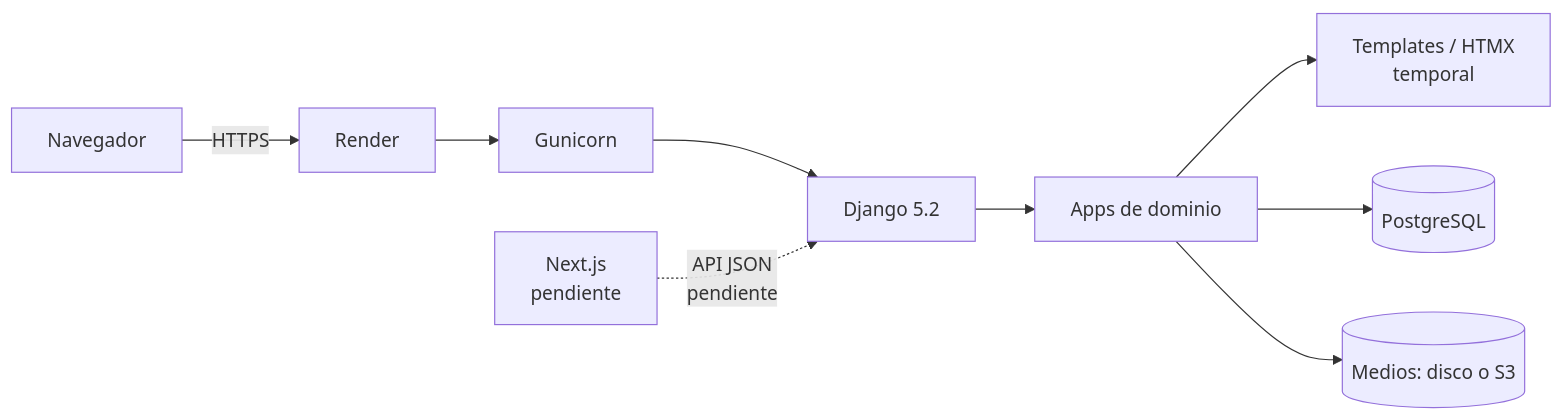
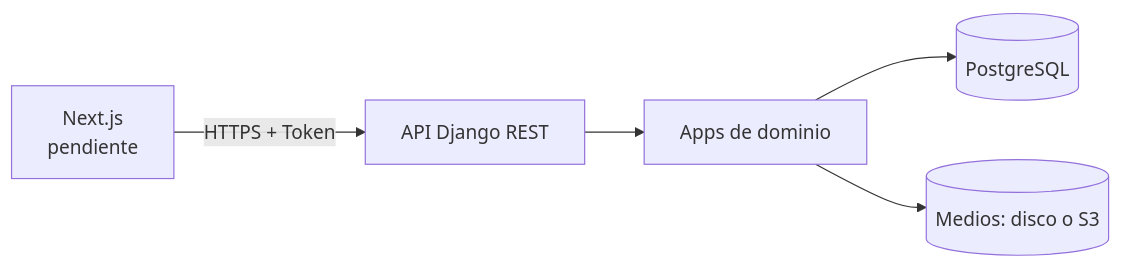
The diagram in README.md (Cristianco9/arcakane-zone), drawn with Mermaid before and after one commit. The commit also changed other lines of this file and 76 other files, not shown here.

First line of the commit message:
refactor(AZ-S1-21): convert backend to an API-only Django service

````diff
--- a/README.md
+++ b/README.md
@@ -78,11 +78,7 @@
 ```mermaid
 flowchart LR
-  B[Navegador] -->|HTTPS| R[Render]
-  R --> G[Gunicorn]
-  G --> D[Django 5.2]
-  D --> A[Apps de dominio]
-  A --> T[Templates / HTMX<br/>temporal]
-  A --> DB[(PostgreSQL)]
-  A --> M[(Medios: disco o S3)]
-  F[Next.js<br/>pendiente] -.->|API JSON<br/>pendiente| D
+  F[Next.js<br/>pendiente] -->|HTTPS + Token| A[API Django REST]
+  A --> D[Apps de dominio]
+  D --> DB[(PostgreSQL)]
+  D --> M[(Medios: disco o S3)]
 ```
````
